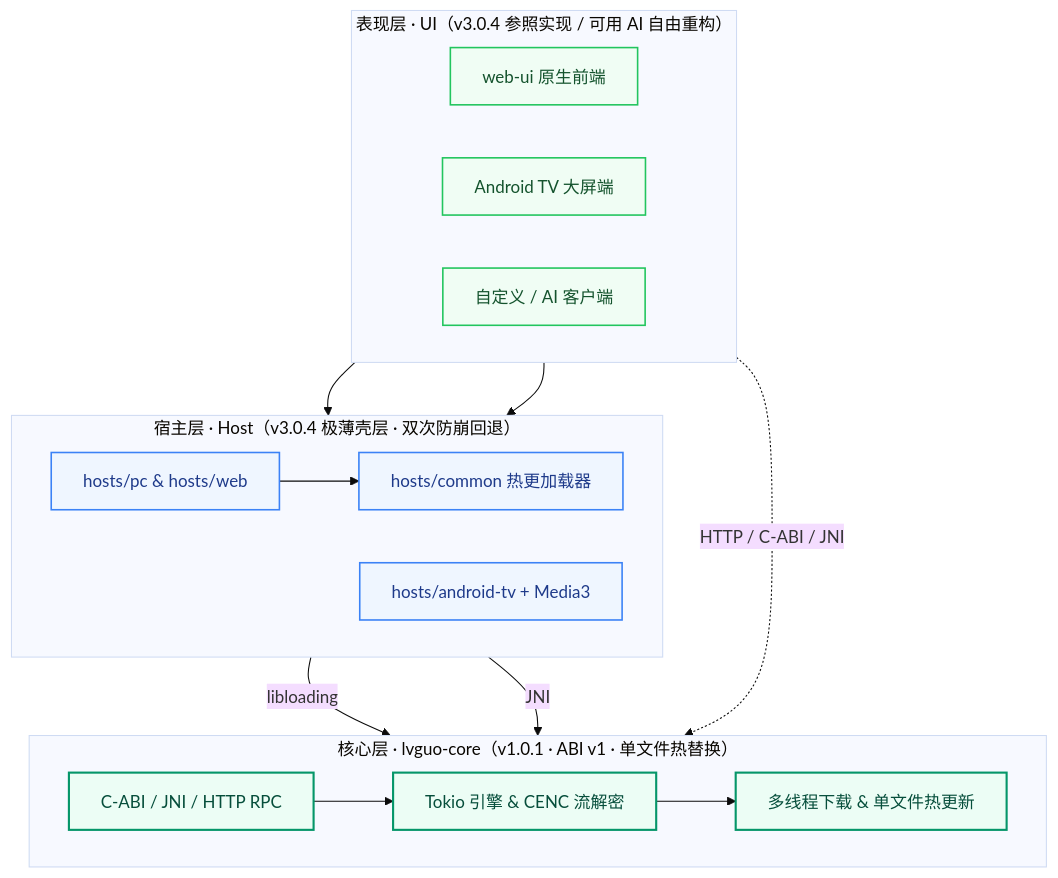
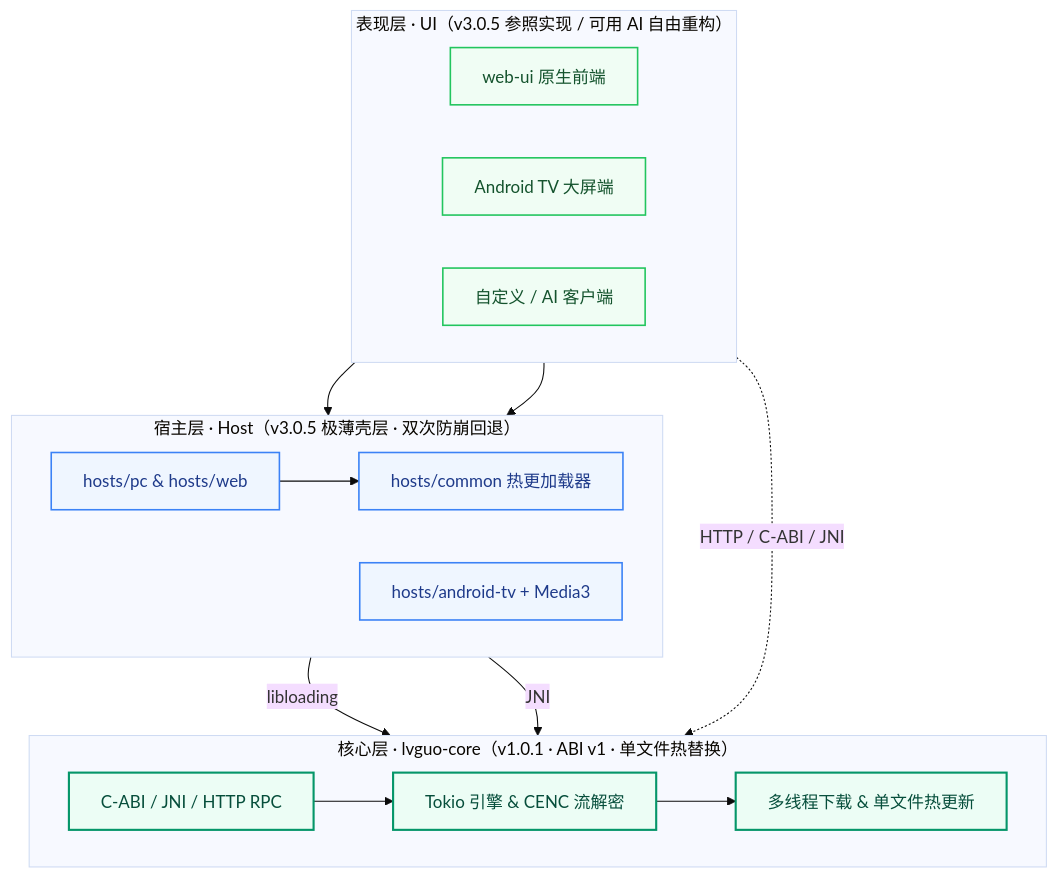
Before and after one commit to Amor5207/lvguo-core: the diagram in README.md, drawn with Mermaid (base theme). The commit also changed other lines of this file and 12 other files, not shown here.

````diff
--- a/README.md
+++ b/README.md
@@ -105,36 +105,36 @@
 ```mermaid
 flowchart TB
-    subgraph UI["表现层 · UI（v3.0.4 参照实现 / 可用 AI 自由重构）"]
+    subgraph UI["表现层 · UI（v3.0.5 参照实现 / 可用 AI 自由重构）"]
         direction LR
         WebUI["web-ui 原生前端"]
         TvUI["Android TV 大屏端"]
         CustomUI["自定义 / AI 客户端"]
     end
 
-    subgraph HOST["宿主层 · Host（v3.0.4 极薄壳层 · 双次防崩回退）"]
+    subgraph HOST["宿主层 · Host（v3.0.5 极薄壳层 · 双次防崩回退）"]
         direction LR
         PcWeb["hosts/pc & hosts/web"]
         Common["hosts/common 热更加载器"]
         TvHost["hosts/android-tv + Media3"]
     end
 
     subgraph CORE["核心层 · lvguo-core（v1.0.1 · ABI v1 · 单文件热替换）"]
         direction LR
         Boundary["C-ABI / JNI / HTTP RPC"]
         Stream["Tokio 引擎 & CENC 流解密"]
         Delivery["多线程下载 & 单文件热更新"]
     end
 
     WebUI --> PcWeb --> Common
     Common -->|"libloading"| Boundary
     TvUI --> TvHost -->|"JNI"| Boundary
     CustomUI -.->|"HTTP / C-ABI / JNI"| Boundary
     Boundary --> Stream --> Delivery
 
     classDef uiCls fill:#f0fdf4,stroke:#22c55e,color:#14532d,stroke-width:1.5px
     classDef hostCls fill:#eff6ff,stroke:#3b82f6,color:#1e3a8a,stroke-width:1.5px
     classDef coreCls fill:#ecfdf5,stroke:#059669,color:#064e3b,stroke-width:2px
     class WebUI,TvUI,CustomUI uiCls
     class PcWeb,Common,TvHost hostCls
     class Boundary,Stream,Delivery coreCls
 ```
````
